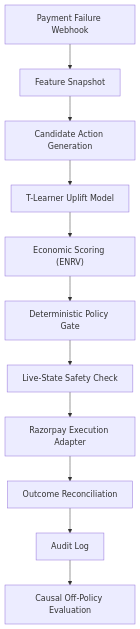
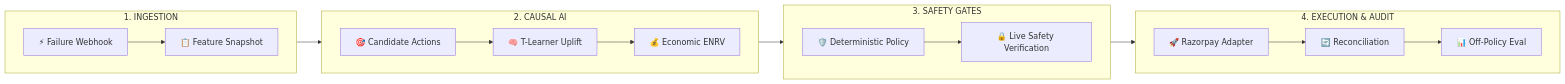
The first of 4 diagrams in README.md (Krish6115/RALLY), drawn with Mermaid before and after one commit. The commit also changed other lines of this file and 6 other files, not shown here.

Commit message:
add UI screenshots, demo recording, and horizontal architecture diagrams to README

````diff
--- a/README.md
+++ b/README.md
@@ -129,13 +176,23 @@
 ```mermaid
-flowchart TD
-    A["Payment Failure Webhook"] --> B["Feature Snapshot"]
-    B --> C["Candidate Action Generation"]
-    C --> D["T-Learner Uplift Model"]
-    D --> E["Economic Scoring (ENRV)"]
-    E --> F["Deterministic Policy Gate"]
-    F --> G["Live-State Safety Check"]
-    G --> H["Razorpay Execution Adapter"]
-    H --> I["Outcome Reconciliation"]
-    I --> J["Audit Log"]
-    J --> K["Causal Off-Policy Evaluation"]
+flowchart LR
+    subgraph S1 ["1. INGESTION"]
+        direction LR
+        A["⚡ Failure Webhook"] --> B["📋 Feature Snapshot"]
+    end
+    subgraph S2 ["2. CAUSAL AI"]
+        direction LR
+        C["🎯 Candidate Actions"] --> D["🧠 T-Learner Uplift"] --> E["💰 Economic ENRV"]
+    end
+    subgraph S3 ["3. SAFETY GATES"]
+        direction LR
+        F["🛡️ Deterministic Policy"] --> G["🔒 Live Safety Verification"]
+    end
+    subgraph S4 ["4. EXECUTION & AUDIT"]
+        direction LR
+        H["🚀 Razorpay Adapter"] --> I["🔄 Reconciliation"] --> J["📊 Off-Policy Eval"]
+    end
+
+    B --> C
+    E --> F
+    G --> H
 ```
````
